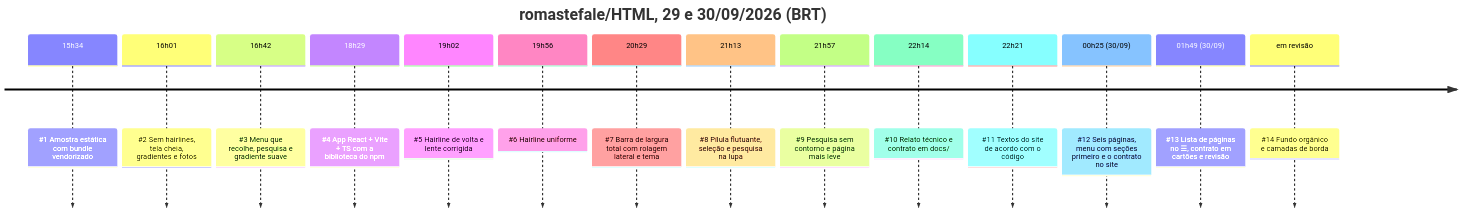
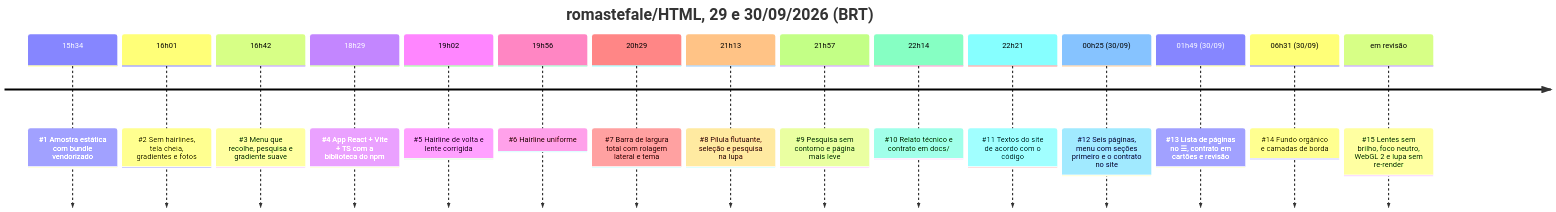
The diagram in docs/HISTORICO.md (romastefale/HTML), drawn with Mermaid before and after one commit. The commit also changed other lines of this file and 16 other files, not shown here.

First line of the commit message:
Lentes sem brilho, foco neutro, WebGL 2 e lupa sem re-render

````diff
--- a/docs/HISTORICO.md
+++ b/docs/HISTORICO.md
@@ -5,18 +5,19 @@
 ```mermaid
 timeline
   title romastefale/HTML, 29 e 30/09/2026 (BRT)
   15h34 : #1 Amostra estática com bundle vendorizado
   16h01 : #2 Sem hairlines, tela cheia, gradientes e fotos
   16h42 : #3 Menu que recolhe, pesquisa e gradiente suave
   18h29 : #4 App React + Vite + TS com a biblioteca do npm
   19h02 : #5 Hairline de volta e lente corrigida
   19h56 : #6 Hairline uniforme
   20h29 : #7 Barra de largura total com rolagem lateral e tema
   21h13 : #8 Pílula flutuante, seleção e pesquisa na lupa
   21h57 : #9 Pesquisa sem contorno e página mais leve
   22h14 : #10 Relato técnico e contrato em docs/
   22h21 : #11 Textos do site de acordo com o código
   00h25 (30/09) : #12 Seis páginas, menu com seções primeiro e o contrato no site
   01h49 (30/09) : #13 Lista de páginas no ☰, contrato em cartões e revisão
-  em revisão : #14 Fundo orgânico e camadas de borda
+  06h31 (30/09) : #14 Fundo orgânico e camadas de borda
+  em revisão : #15 Lentes sem brilho, foco neutro, WebGL 2 e lupa sem re-render
 ```
````
